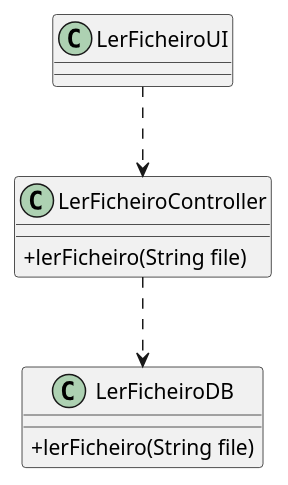
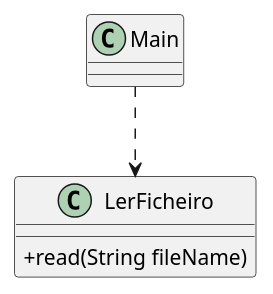
Before and after one commit to pedrolemos4/LAPR3: the diagram in docs/UC26/CD-LEITURA DE DADOS.puml, drawn with PlantUML. The commit also changed 6 other files, not shown here.

```diff
--- a/docs/UC26/CD-LEITURA DE DADOS.puml
+++ b/docs/UC26/CD-LEITURA DE DADOS.puml
@@ -1,18 +1,13 @@
 @startuml
 skinparam classAttributeIconSize 0
 
-class LerFicheiroDB {
-  +lerFicheiro(String file)
+class Main {
 }
 
-class LerFicheiroController {
-  +lerFicheiro(String file)
+class LerFicheiro {
+  +read(String fileName)
 }
 
-class LerFicheiroUI {
-}
-
-LerFicheiroUI ..> LerFicheiroController
-LerFicheiroController ..> LerFicheiroDB
+Main ..> LerFicheiro
 
 @enduml
```
